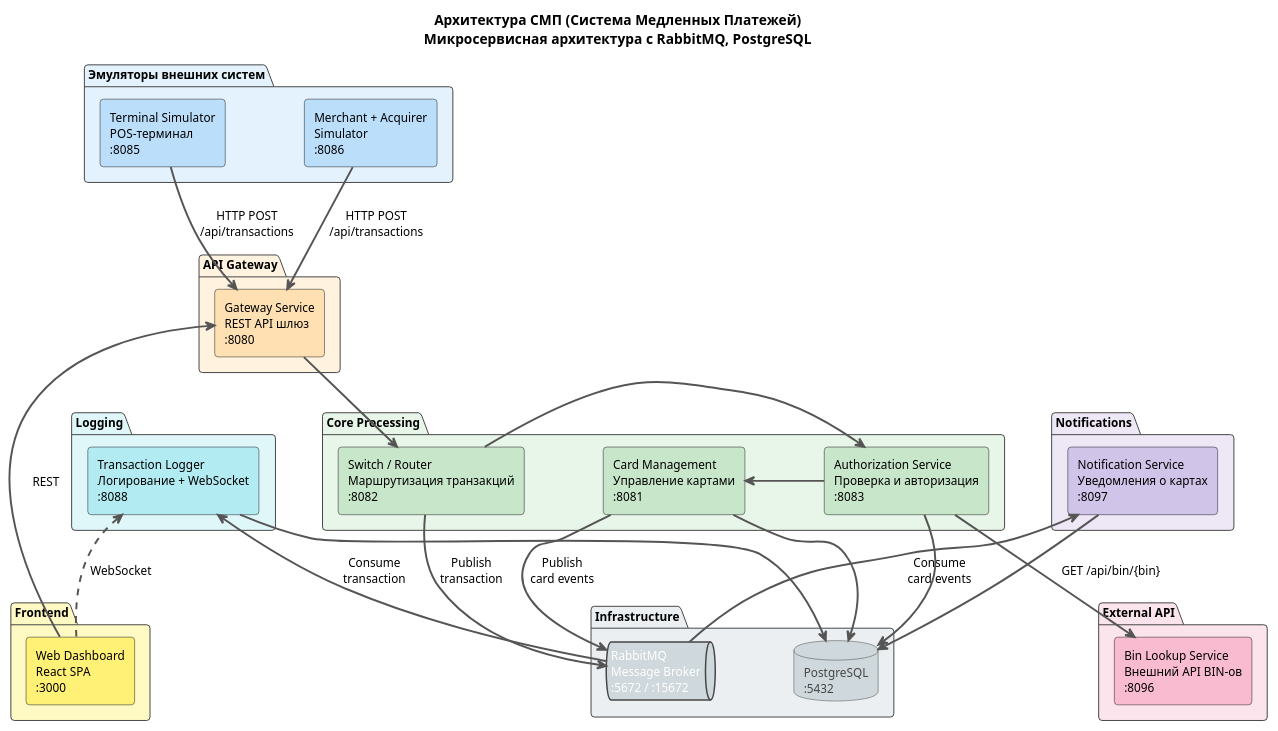
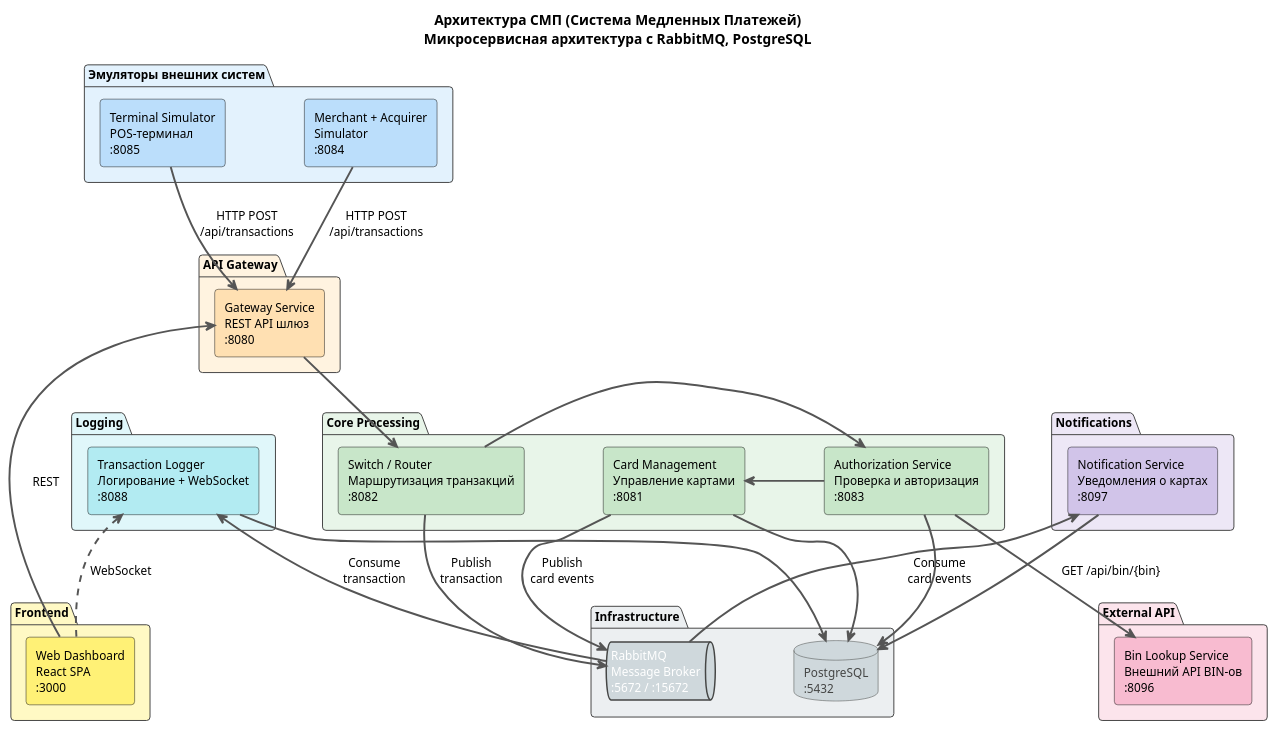
The diagram in docs/architecture-diagram.puml (LektonSoftwareTestingCourse/PracticAlinaRamazanova), drawn with PlantUML before and after one commit. The commit also changed 6 other files, not shown here.

Commit message:
fix(ports): Merchant Simulator 8086 -> 8084 во всех материалах

```diff
--- a/docs/architecture-diagram.puml
+++ b/docs/architecture-diagram.puml
@@ -1,103 +1,103 @@
 @startuml
 !theme vibrant
 
 title Архитектура СМП (Система Медленных Платежей)\nМикросервисная архитектура с RabbitMQ, PostgreSQL
 
 skinparam componentStyle rectangle
 skinparam nodesep 80
 skinparam ranksep 80
 skinparam ArrowColor #555555
 skinparam ArrowThickness 2
 skinparam defaultFontSize 12
 skinparam packageBorderColor #444444
 skinparam packageBackgroundColor #F8F8F8
 
 ' --- Эмуляторы внешних систем ---
 package "Эмуляторы внешних систем" as Simulators #E3F2FD {
     [Terminal Simulator\nPOS-терминал\n:8085] as TERM #BBDEFB
-    [Merchant + Acquirer\nSimulator\n:8086] as MERCH #BBDEFB
+    [Merchant + Acquirer\nSimulator\n:8084] as MERCH #BBDEFB
 }
 
 ' --- API Gateway ---
 package "API Gateway" as GatewayLayer #FFF3E0 {
     [Gateway Service\nREST API шлюз\n:8080] as GW #FFE0B2
 }
 
 ' --- Core Processing ---
 package "Core Processing" as Core #E8F5E9 {
     [Switch / Router\nМаршрутизация транзакций\n:8082] as SW #C8E6C9
     [Authorization Service\nПроверка и авторизация\n:8083] as AUTH #C8E6C9
     [Card Management\nУправление картами\n:8081] as CMS #C8E6C9
 }
 
 ' --- External API ---
 package "External API" as External #FCE4EC {
     [Bin Lookup Service\nВнешний API BIN-ов\n:8096] as BIN #F8BBD0
 }
 
 ' --- Notifications ---
 package "Notifications" as Notif #EDE7F6 {
     [Notification Service\nУведомления о картах\n:8097] as NS #D1C4E9
 }
 
 ' --- Logging ---
 package "Logging" as LoggingLayer #E0F7FA {
     [Transaction Logger\nЛогирование + WebSocket\n:8088] as LOG #B2EBF2
 }
 
 ' --- Frontend ---
 package "Frontend" as Frontend #FFF9C4 {
     [Web Dashboard\nReact SPA\n:3000] as WEB #FFF176
 }
 
 ' --- Infrastructure ---
 package "Infrastructure" as Infra #ECEFF1 {
     database "PostgreSQL\n:5432" as DB #CFD8DC
     queue "RabbitMQ\nMessage Broker\n:5672 / :15672" as RMQ #CFD8DC
 }
 
 ' === Соединения ===
 
 ' Эмуляторы → Gateway
 TERM -down-> GW : HTTP POST\n/api/transactions
 MERCH -down-> GW : HTTP POST\n/api/transactions
 
 ' Gateway → Switch
 GW -down-> SW
 
 ' Switch → Authorization
 SW -right-> AUTH
 
 ' Authorization → Bin Lookup (внешний API)
 AUTH -down-> BIN : GET /api/bin/{bin}
 
 ' Switch → RabbitMQ → Logger (ВАРИАНТ A)
 SW -down-> RMQ : Publish\ntransaction
 RMQ -right-> LOG : Consume\ntransaction
 
 ' Authorization → Card Management
 AUTH -right-> CMS
 
 ' Card Management → DB
 CMS -down-> DB
 
 ' Card Management → RabbitMQ → Notification Service (ВАРИАНТ C)
 CMS -right-> RMQ : Publish\ncard events
 RMQ -up-> NS : Consume\ncard events
 
 ' Notification → DB
 NS -left-> DB
 
 ' Logger → DB
 LOG -down-> DB
 
 ' Authorization → DB
 AUTH -down-> DB
 
 ' Dashboard → Gateway (REST)
 WEB -up-> GW : REST
 
 ' Dashboard → Logger (WebSocket)
 WEB .up.> LOG : WebSocket
 
 @enduml
```
